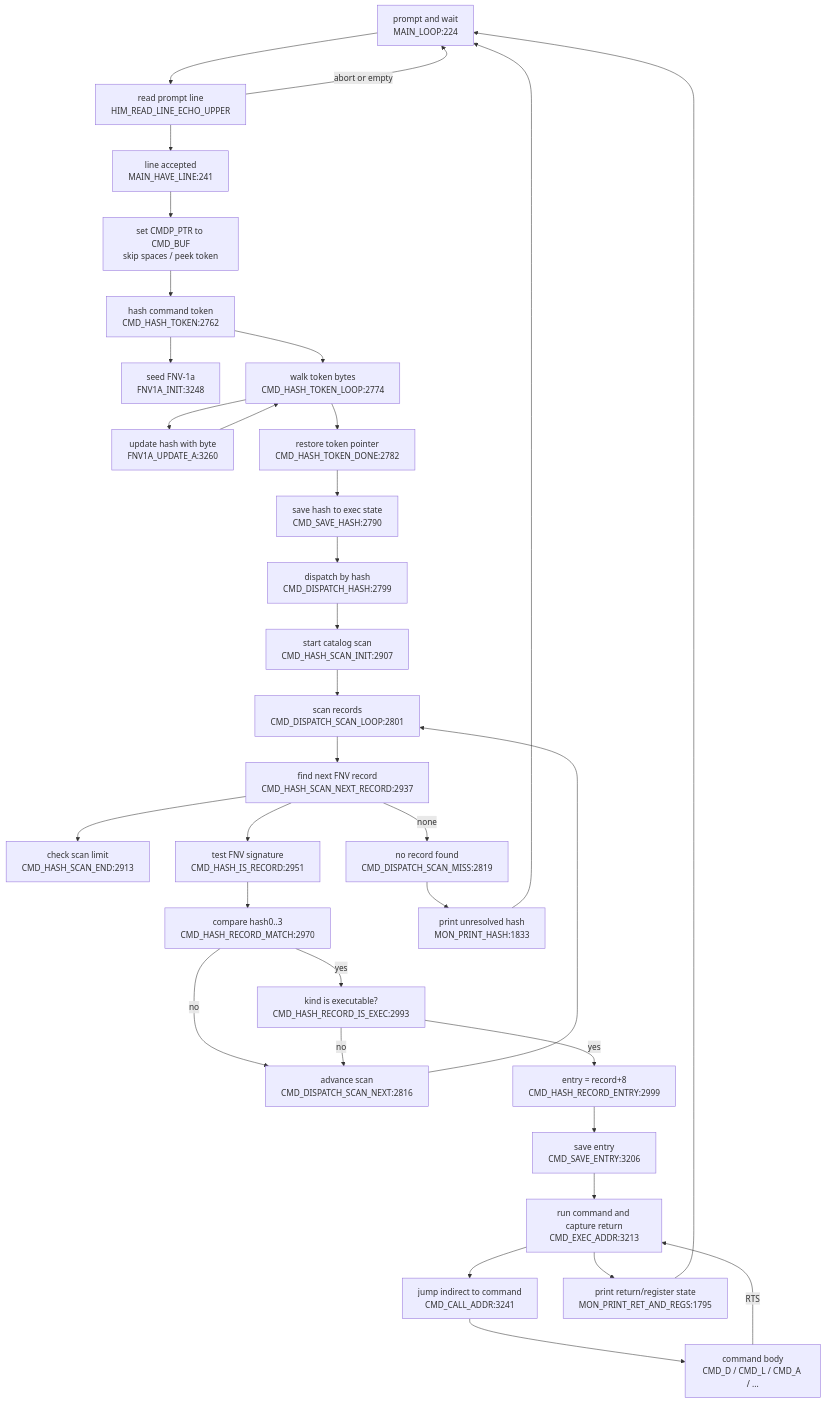
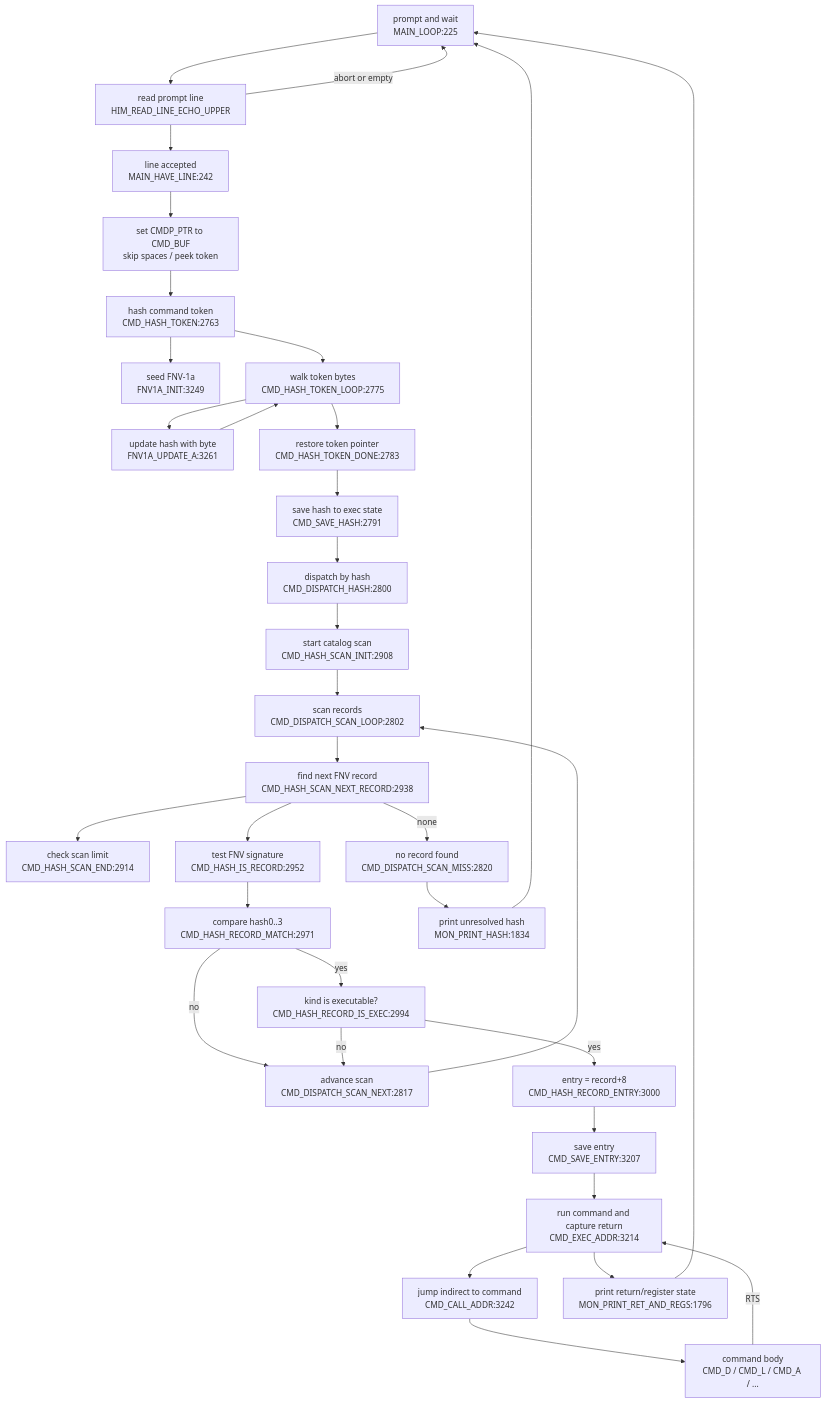
Before and after one commit to 95westus/R-YORS: the diagram in DOC/GENERATED/CMD_FLOW_MAP.md, drawn with Mermaid. The commit also changed other lines of this file and 20 other files, not shown here.

Commit message:
Publish resident read line for ASM REPL

````diff
--- a/DOC/GENERATED/CMD_FLOW_MAP.md
+++ b/DOC/GENERATED/CMD_FLOW_MAP.md
@@ -10,36 +10,36 @@
 ```mermaid
 flowchart TD
-    LOOP["prompt and wait<br/>MAIN_LOOP:224"] --> READ["read prompt line<br/>HIM_READ_LINE_ECHO_UPPER"]
-    READ --> HAVE["line accepted<br/>MAIN_HAVE_LINE:241"]
+    LOOP["prompt and wait<br/>MAIN_LOOP:225"] --> READ["read prompt line<br/>HIM_READ_LINE_ECHO_UPPER"]
+    READ --> HAVE["line accepted<br/>MAIN_HAVE_LINE:242"]
     READ -->|abort or empty| LOOP
     HAVE --> PREP["set CMDP_PTR to CMD_BUF<br/>skip spaces / peek token"]
-    PREP --> HASH["hash command token<br/>CMD_HASH_TOKEN:2762"]
-    HASH --> FNVINIT["seed FNV-1a<br/>FNV1A_INIT:3248"]
-    HASH --> HASHLOOP["walk token bytes<br/>CMD_HASH_TOKEN_LOOP:2774"]
-    HASHLOOP --> UPDATE["update hash with byte<br/>FNV1A_UPDATE_A:3260"]
+    PREP --> HASH["hash command token<br/>CMD_HASH_TOKEN:2763"]
+    HASH --> FNVINIT["seed FNV-1a<br/>FNV1A_INIT:3249"]
+    HASH --> HASHLOOP["walk token bytes<br/>CMD_HASH_TOKEN_LOOP:2775"]
+    HASHLOOP --> UPDATE["update hash with byte<br/>FNV1A_UPDATE_A:3261"]
     UPDATE --> HASHLOOP
-    HASHLOOP --> DONE["restore token pointer<br/>CMD_HASH_TOKEN_DONE:2782"]
-    DONE --> SAVEHASH["save hash to exec state<br/>CMD_SAVE_HASH:2790"]
-    SAVEHASH --> DISPATCH["dispatch by hash<br/>CMD_DISPATCH_HASH:2799"]
-    DISPATCH --> SCANINIT["start catalog scan<br/>CMD_HASH_SCAN_INIT:2907"]
-    SCANINIT --> SCANLOOP["scan records<br/>CMD_DISPATCH_SCAN_LOOP:2801"]
-    SCANLOOP --> NEXTREC["find next FNV record<br/>CMD_HASH_SCAN_NEXT_RECORD:2937"]
-    NEXTREC --> ENDCHK["check scan limit<br/>CMD_HASH_SCAN_END:2913"]
-    NEXTREC --> ISREC["test FNV signature<br/>CMD_HASH_IS_RECORD:2951"]
-    NEXTREC -->|none| MISS["no record found<br/>CMD_DISPATCH_SCAN_MISS:2819"]
-    ISREC --> MATCH["compare hash0..3<br/>CMD_HASH_RECORD_MATCH:2970"]
-    MATCH -->|no| ADV["advance scan<br/>CMD_DISPATCH_SCAN_NEXT:2816"]
+    HASHLOOP --> DONE["restore token pointer<br/>CMD_HASH_TOKEN_DONE:2783"]
+    DONE --> SAVEHASH["save hash to exec state<br/>CMD_SAVE_HASH:2791"]
+    SAVEHASH --> DISPATCH["dispatch by hash<br/>CMD_DISPATCH_HASH:2800"]
+    DISPATCH --> SCANINIT["start catalog scan<br/>CMD_HASH_SCAN_INIT:2908"]
+    SCANINIT --> SCANLOOP["scan records<br/>CMD_DISPATCH_SCAN_LOOP:2802"]
+    SCANLOOP --> NEXTREC["find next FNV record<br/>CMD_HASH_SCAN_NEXT_RECORD:2938"]
+    NEXTREC --> ENDCHK["check scan limit<br/>CMD_HASH_SCAN_END:2914"]
+    NEXTREC --> ISREC["test FNV signature<br/>CMD_HASH_IS_RECORD:2952"]
+    NEXTREC -->|none| MISS["no record found<br/>CMD_DISPATCH_SCAN_MISS:2820"]
+    ISREC --> MATCH["compare hash0..3<br/>CMD_HASH_RECORD_MATCH:2971"]
+    MATCH -->|no| ADV["advance scan<br/>CMD_DISPATCH_SCAN_NEXT:2817"]
     ADV --> SCANLOOP
-    MATCH -->|yes| EXECOK["kind is executable?<br/>CMD_HASH_RECORD_IS_EXEC:2993"]
+    MATCH -->|yes| EXECOK["kind is executable?<br/>CMD_HASH_RECORD_IS_EXEC:2994"]
     EXECOK -->|no| ADV
-    EXECOK -->|yes| ENTRY["entry = record+8<br/>CMD_HASH_RECORD_ENTRY:2999"]
-    ENTRY --> SAVEENTRY["save entry<br/>CMD_SAVE_ENTRY:3206"]
-    SAVEENTRY --> RUN["run command and capture return<br/>CMD_EXEC_ADDR:3213"]
-    RUN --> CALL["jump indirect to command<br/>CMD_CALL_ADDR:3241"]
+    EXECOK -->|yes| ENTRY["entry = record+8<br/>CMD_HASH_RECORD_ENTRY:3000"]
+    ENTRY --> SAVEENTRY["save entry<br/>CMD_SAVE_ENTRY:3207"]
+    SAVEENTRY --> RUN["run command and capture return<br/>CMD_EXEC_ADDR:3214"]
+    RUN --> CALL["jump indirect to command<br/>CMD_CALL_ADDR:3242"]
     CALL --> BODY["command body<br/>CMD_D / CMD_L / CMD_A / ..."]
     BODY -->|RTS| RUN
-    RUN --> RETPRINT["print return/register state<br/>MON_PRINT_RET_AND_REGS:1795"]
+    RUN --> RETPRINT["print return/register state<br/>MON_PRINT_RET_AND_REGS:1796"]
     RETPRINT --> LOOP
-    MISS --> PRHASH["print unresolved hash<br/>MON_PRINT_HASH:1833"]
+    MISS --> PRHASH["print unresolved hash<br/>MON_PRINT_HASH:1834"]
     PRHASH --> LOOP
 ```
````
